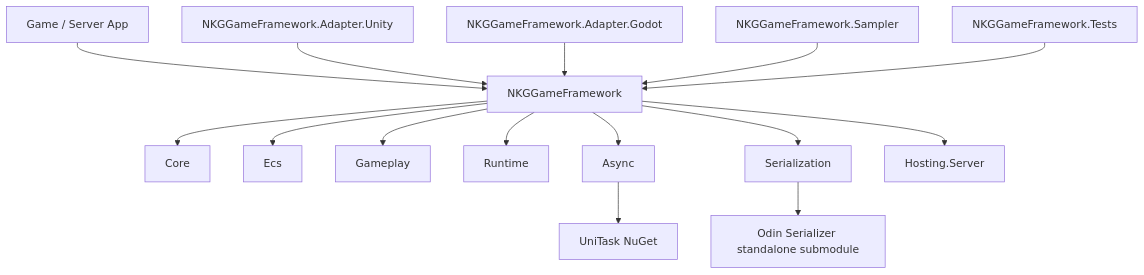
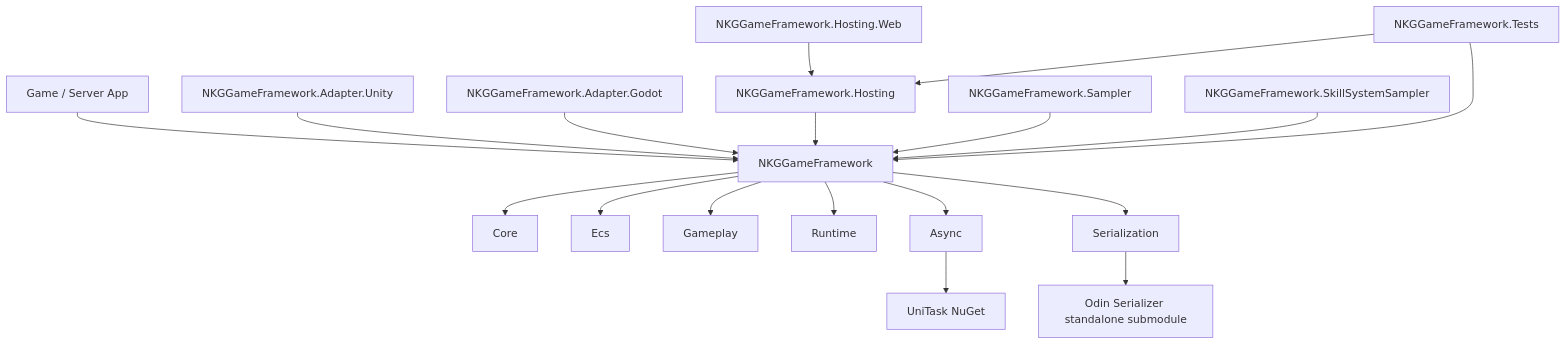
Before and after one commit to wqaetly/NKGGameFramework: the first of 2 diagrams in README.md, drawn with Mermaid. The commit also changed other lines of this file and 73 other files, not shown here.

First line of the commit message:
feat: add hosting debug inspector

````diff
--- a/README.md
+++ b/README.md
@@ -21,19 +23,22 @@
 ```mermaid
 flowchart TD
     App["Game / Server App"] --> CorePkg["NKGGameFramework"]
     UnityAdapter["NKGGameFramework.Adapter.Unity"] --> CorePkg
     GodotAdapter["NKGGameFramework.Adapter.Godot"] --> CorePkg
+    HostingPkg["NKGGameFramework.Hosting"] --> CorePkg
+    InspectorWeb["NKGGameFramework.Hosting.Web"] --> HostingPkg
     Sampler["NKGGameFramework.Sampler"] --> CorePkg
+    SkillSampler["NKGGameFramework.SkillSystemSampler"] --> CorePkg
     Tests["NKGGameFramework.Tests"] --> CorePkg
+    Tests --> HostingPkg
 
     CorePkg --> Core["Core"]
     CorePkg --> Ecs["Ecs"]
     CorePkg --> Gameplay["Gameplay"]
     CorePkg --> Runtime["Runtime"]
     CorePkg --> Async["Async"]
     CorePkg --> Serialization["Serialization"]
-    CorePkg --> Hosting["Hosting.Server"]
 
     Async --> UniTask["UniTask NuGet"]
     Serialization --> Odin["Odin Serializer standalone submodule"]
 ```
````
